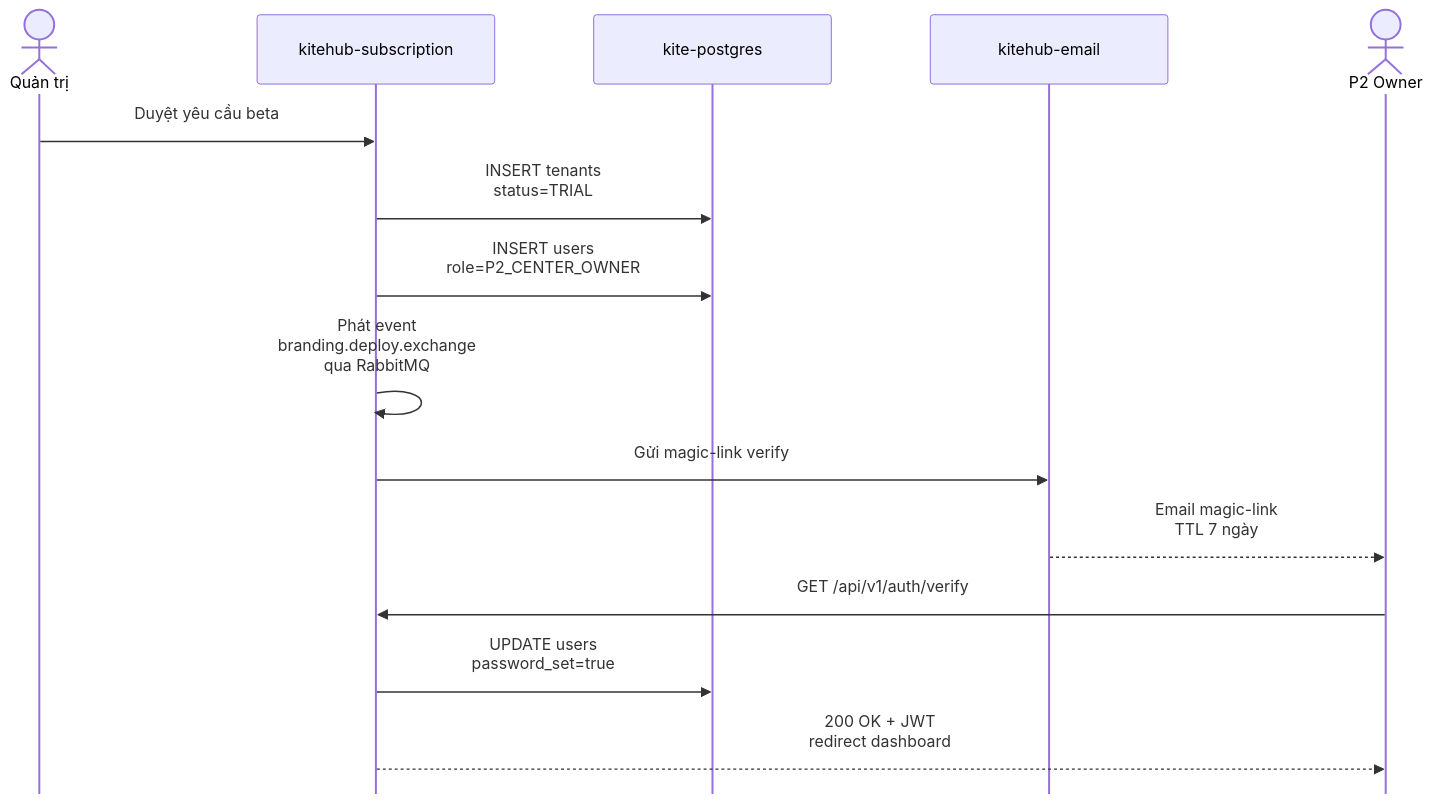
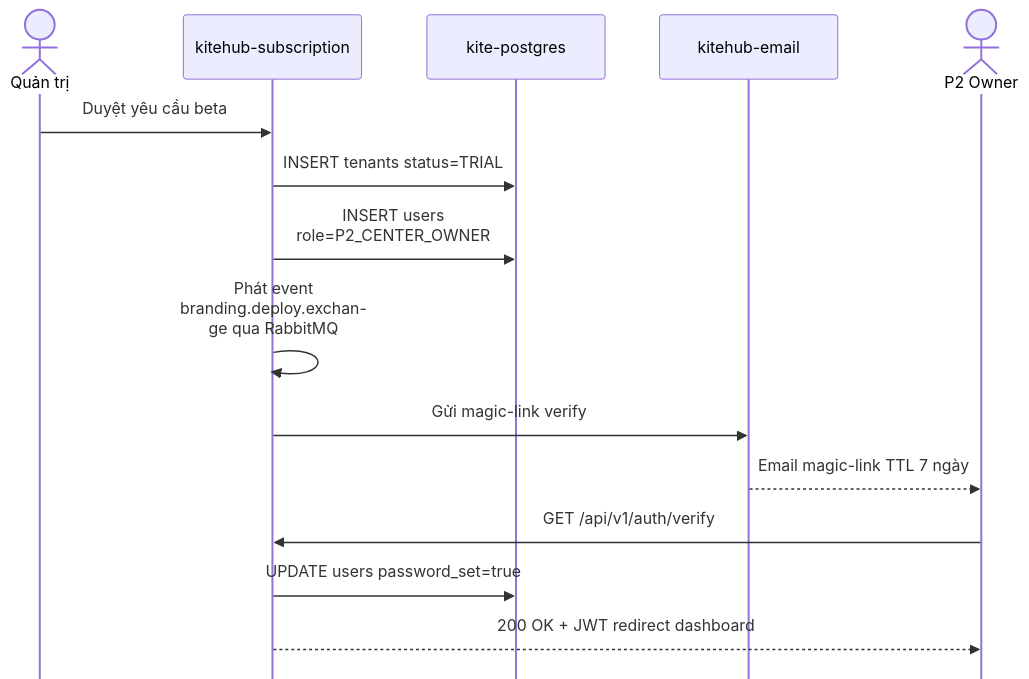
Before and after one commit to VictorAurelius/2026-Kite-Class-Platform: diagram 13 of 14 in documents/08-thesis/chapter-2-system-architecture.md, drawn with Mermaid. The commit also changed other lines of this file and 157 other files, not shown here.

````diff
--- a/documents/08-thesis/chapter-2-system-architecture.md
+++ b/documents/08-thesis/chapter-2-system-architecture.md
@@ -617,19 +796,19 @@
 ```mermaid
-%%{init: {"sequence": {"diagramMarginX": 50, "diagramMarginY": 25, "actorMargin": 100, "width": 240, "height": 70, "boxMargin": 18, "boxTextMargin": 10, "noteMargin": 15, "messageMargin": 50, "mirrorActors": false}, "themeVariables": {"fontSize": "28px", "messageFontSize": "26px", "noteFontSize": "26px"}}}%%
+%%{init: {"sequence": {"diagramMarginX": 30, "diagramMarginY": 20, "actorMargin": 55, "width": 180, "height": 65, "boxMargin": 14, "boxTextMargin": 8, "noteMargin": 12, "messageMargin": 40, "mirrorActors": false, "wrap": true}, "themeVariables": {"fontSize": "36px", "messageFontSize": "34px", "noteFontSize": "34px"}}}%%
 sequenceDiagram
     actor Admin as Quản trị
     participant API as kitehub-subscription
     participant DB as kite-postgres
     participant Email as kitehub-email
     actor U as P2 Owner
 
     Admin->>API: Duyệt yêu cầu beta
-    API->>DB: INSERT tenants<br/>status=TRIAL
-    API->>DB: INSERT users<br/>role=P2_CENTER_OWNER
-    API->>API: Phát event<br/>branding.deploy.exchange<br/>qua RabbitMQ
+    API->>DB: INSERT tenants status=TRIAL
+    API->>DB: INSERT users role=P2_CENTER_OWNER
+    API->>API: Phát event branding.deploy.exchange qua RabbitMQ
     API->>Email: Gửi magic-link verify
-    Email-->>U: Email magic-link<br/>TTL 7 ngày
+    Email-->>U: Email magic-link TTL 7 ngày
     U->>API: GET /api/v1/auth/verify
-    API->>DB: UPDATE users<br/>password_set=true
-    API-->>U: 200 OK + JWT<br/>redirect dashboard
+    API->>DB: UPDATE users password_set=true
+    API-->>U: 200 OK + JWT redirect dashboard
 ```
````
